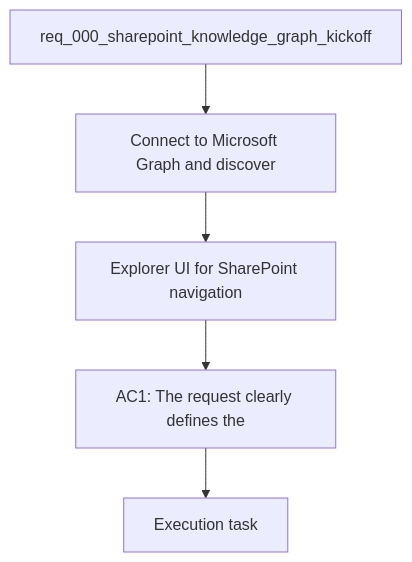
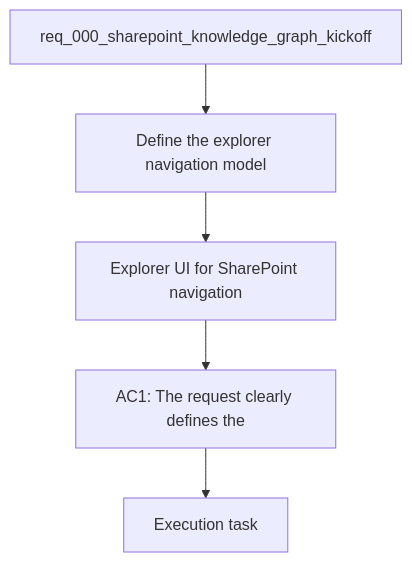
One commit to AlexAgo83/deepvault changed the diagram in logics/backlog/item_003_explorer_ui_for_sharepoint_navigation.md. Above: the diagram before and after it, drawn with Mermaid. The commit also changed other lines of this file and 23 other files, not shown here.

Commit message:
Refine Logics product and architecture briefs

````diff
--- a/logics/backlog/item_003_explorer_ui_for_sharepoint_navigation.md
+++ b/logics/backlog/item_003_explorer_ui_for_sharepoint_navigation.md
@@ -26,9 +22,9 @@
 ```mermaid
 %% logics-kind: backlog
-%% logics-signature: backlog|explorer-ui-for-sharepoint-navigation|req-000-sharepoint-knowledge-graph-kicko|connect-to-microsoft-graph-and-discover|ac1-the-request-clearly-defines-the
+%% logics-signature: backlog|explorer-ui-for-sharepoint-navigation|req-000-sharepoint-knowledge-graph-kicko|define-the-sharepoint-explorer-navigatio|ac1-the-explorer-navigation-model-clearl
 flowchart TD
-    Request[req_000_sharepoint_knowledge_graph_kickoff] --> Problem[Connect to Microsoft Graph and discover]
+    Request[req_000_sharepoint_knowledge_graph_kickoff] --> Problem[Define the explorer navigation model]
     Problem --> Scope[Explorer UI for SharePoint navigation]
     Scope --> Acceptance[AC1: The request clearly defines the]
     Acceptance --> Tasks[Execution task]
 ```
````
